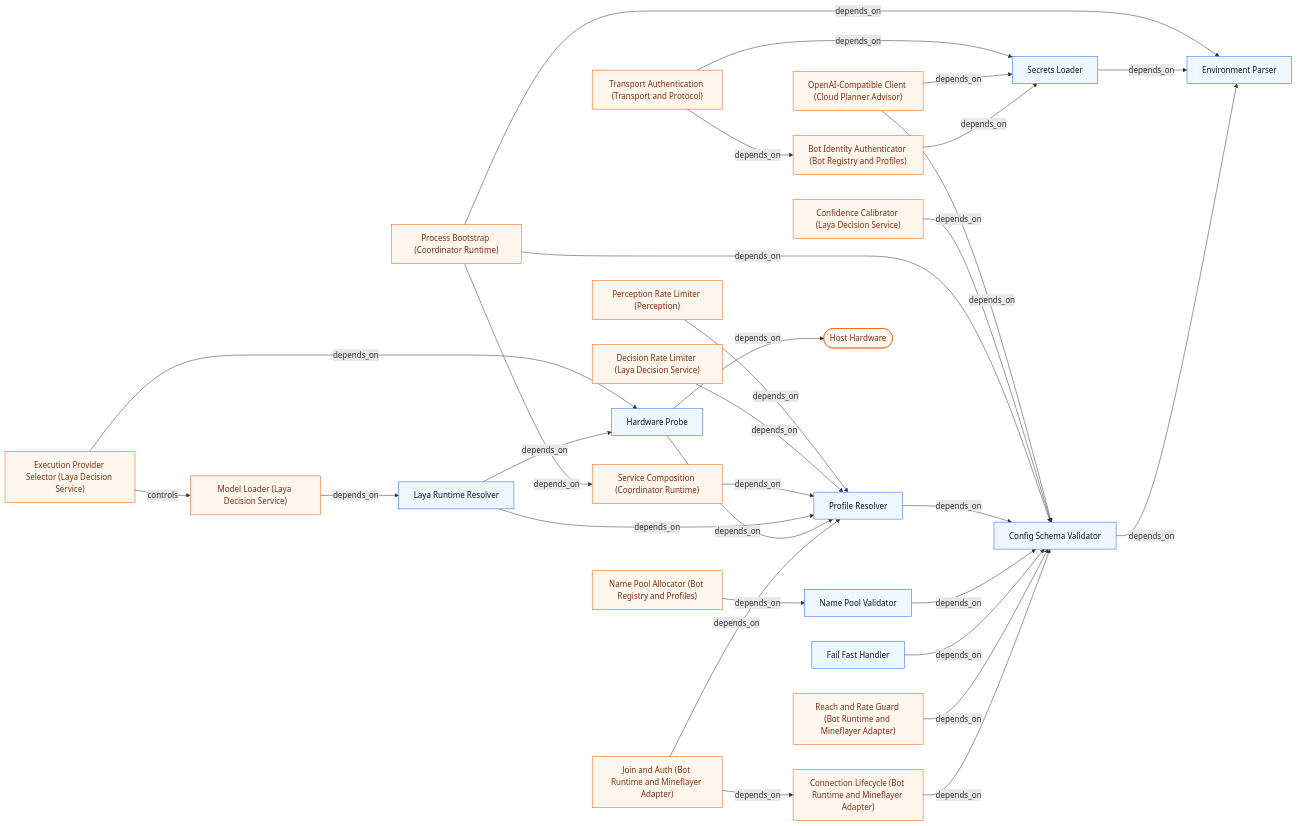
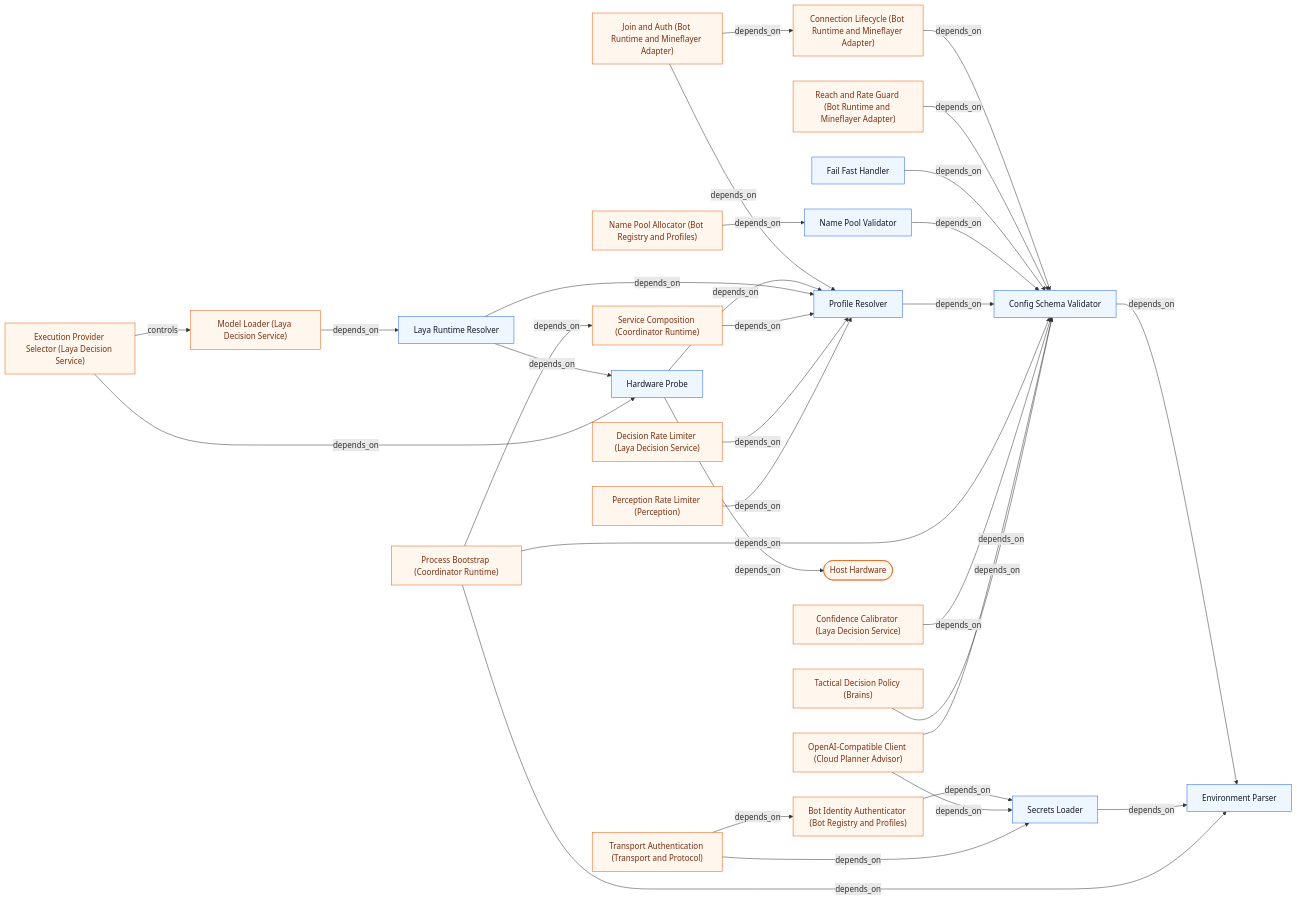
Before and after one commit to TICO-CO/TiCrafter: diagram 23 of 28 in docs/architecture/diagrams.md, drawn with Mermaid. The commit also changed other lines of this file and 168 other files, not shown here.

````diff
--- a/docs/architecture/diagrams.md
+++ b/docs/architecture/diagrams.md
@@ -2260,59 +2276,61 @@
 ```mermaid
 flowchart LR
-n165["Environment Parser"]
-n164["Config Schema Validator"]
-n170["Profile Resolver"]
-n252["Hardware Probe"]
-n180["Secrets Loader"]
-n230["Name Pool Validator"]
-n253["Laya Runtime Resolver"]
-n288["Fail Fast Handler"]
+n170["Environment Parser"]
+n169["Config Schema Validator"]
+n175["Profile Resolver"]
+n257["Hardware Probe"]
+n185["Secrets Loader"]
+n235["Name Pool Validator"]
+n258["Laya Runtime Resolver"]
+n294["Fail Fast Handler"]
 n54["Connection Lifecycle (Bot Runtime and Mineflayer Adapter)"]
-n125["Join and Auth (Bot Runtime and Mineflayer Adapter)"]
-n127["Reach and Rate Guard (Bot Runtime and Mineflayer Adapter)"]
-n171["Bot Identity Authenticator (Bot Registry and Profiles)"]
-n229["Name Pool Allocator (Bot Registry and Profiles)"]
+n127["Join and Auth (Bot Runtime and Mineflayer Adapter)"]
+n129["Reach and Rate Guard (Bot Runtime and Mineflayer Adapter)"]
+n176["Bot Identity Authenticator (Bot Registry and Profiles)"]
+n234["Name Pool Allocator (Bot Registry and Profiles)"]
 n27(["Host Hardware"])
 n72["Process Bootstrap (Coordinator Runtime)"]
 n73["Service Composition (Coordinator Runtime)"]
 n39["Confidence Calibrator (Laya Decision Service)"]
 n35["Execution Provider Selector (Laya Decision Service)"]
 n34["Model Loader (Laya Decision Service)"]
 n77["Decision Rate Limiter (Laya Decision Service)"]
-n250["Perception Rate Limiter (Perception)"]
+n255["Perception Rate Limiter (Perception)"]
 n41["OpenAI-Compatible Client (Cloud Planner Advisor)"]
-n177["Transport Authentication (Transport and Protocol)"]
-n54 -->|depends_on| n164
-n125 -->|depends_on| n54
-n125 -->|depends_on| n170
-n127 -->|depends_on| n164
-n171 -->|depends_on| n180
-n229 -->|depends_on| n230
-n164 -->|depends_on| n165
-n288 -->|depends_on| n164
-n252 -->|depends_on| n170
-n252 -->|depends_on| n27
-n253 -->|depends_on| n252
-n253 -->|depends_on| n170
-n230 -->|depends_on| n164
-n170 -->|depends_on| n164
-n180 -->|depends_on| n165
-n72 -->|depends_on| n164
-n72 -->|depends_on| n165
+n182["Transport Authentication (Transport and Protocol)"]
+n157["Tactical Decision Policy (Brains)"]
+n54 -->|depends_on| n169
+n127 -->|depends_on| n54
+n127 -->|depends_on| n175
+n129 -->|depends_on| n169
+n176 -->|depends_on| n185
+n234 -->|depends_on| n235
+n169 -->|depends_on| n170
+n294 -->|depends_on| n169
+n257 -->|depends_on| n175
+n257 -->|depends_on| n27
+n258 -->|depends_on| n257
+n258 -->|depends_on| n175
+n235 -->|depends_on| n169
+n175 -->|depends_on| n169
+n185 -->|depends_on| n170
+n72 -->|depends_on| n169
+n72 -->|depends_on| n170
 n72 -->|depends_on| n73
-n73 -->|depends_on| n170
-n39 -->|depends_on| n164
-n35 -->|depends_on| n252
+n73 -->|depends_on| n175
+n39 -->|depends_on| n169
+n35 -->|depends_on| n257
 n35 -->|controls| n34
-n34 -->|depends_on| n253
-n77 -->|depends_on| n170
-n250 -->|depends_on| n170
-n41 -->|depends_on| n164
-n41 -->|depends_on| n180
-n177 -->|depends_on| n171
-n177 -->|depends_on| n180
+n34 -->|depends_on| n258
+n77 -->|depends_on| n175
+n255 -->|depends_on| n175
+n41 -->|depends_on| n169
+n41 -->|depends_on| n185
+n182 -->|depends_on| n176
+n182 -->|depends_on| n185
+n157 -->|depends_on| n169
 classDef internal fill:#eef6ff,stroke:#2563eb,color:#0f172a;
 classDef external fill:#fff7ed,stroke:#ea580c,color:#7c2d12;
-class n165,n164,n170,n252,n180,n230,n253,n288 internal;
-class n54,n125,n127,n171,n229,n72,n73,n39,n35,n34,n77,n250,n41,n177,n27 external;
+class n170,n169,n175,n257,n185,n235,n258,n294 internal;
+class n54,n127,n129,n176,n234,n72,n73,n39,n35,n34,n77,n255,n41,n182,n157,n27 external;
 ```
````
